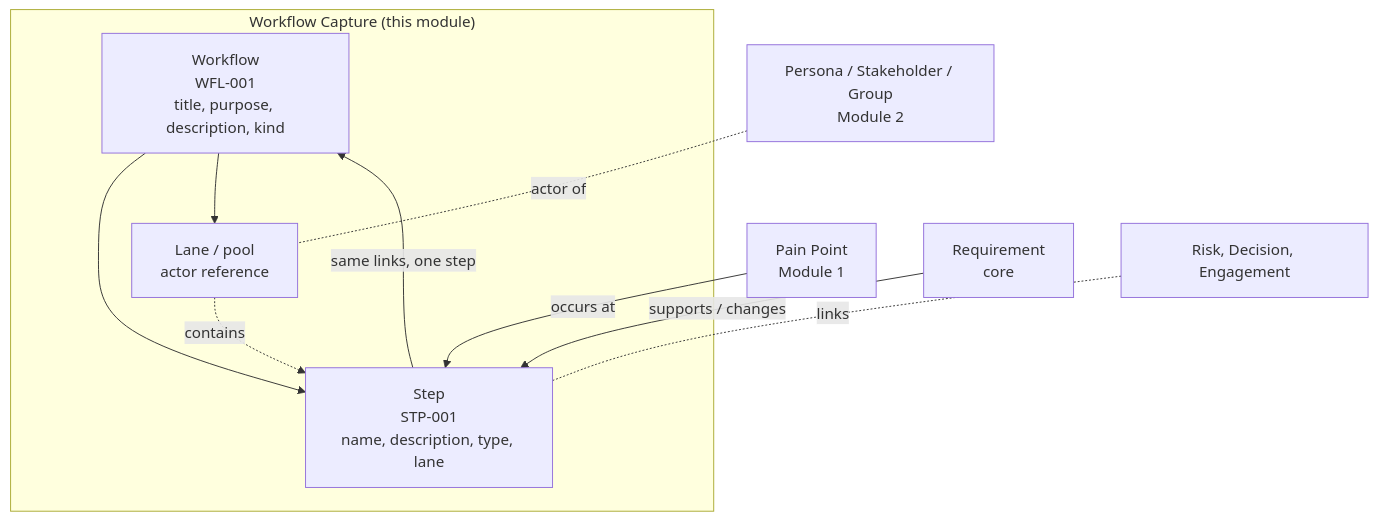
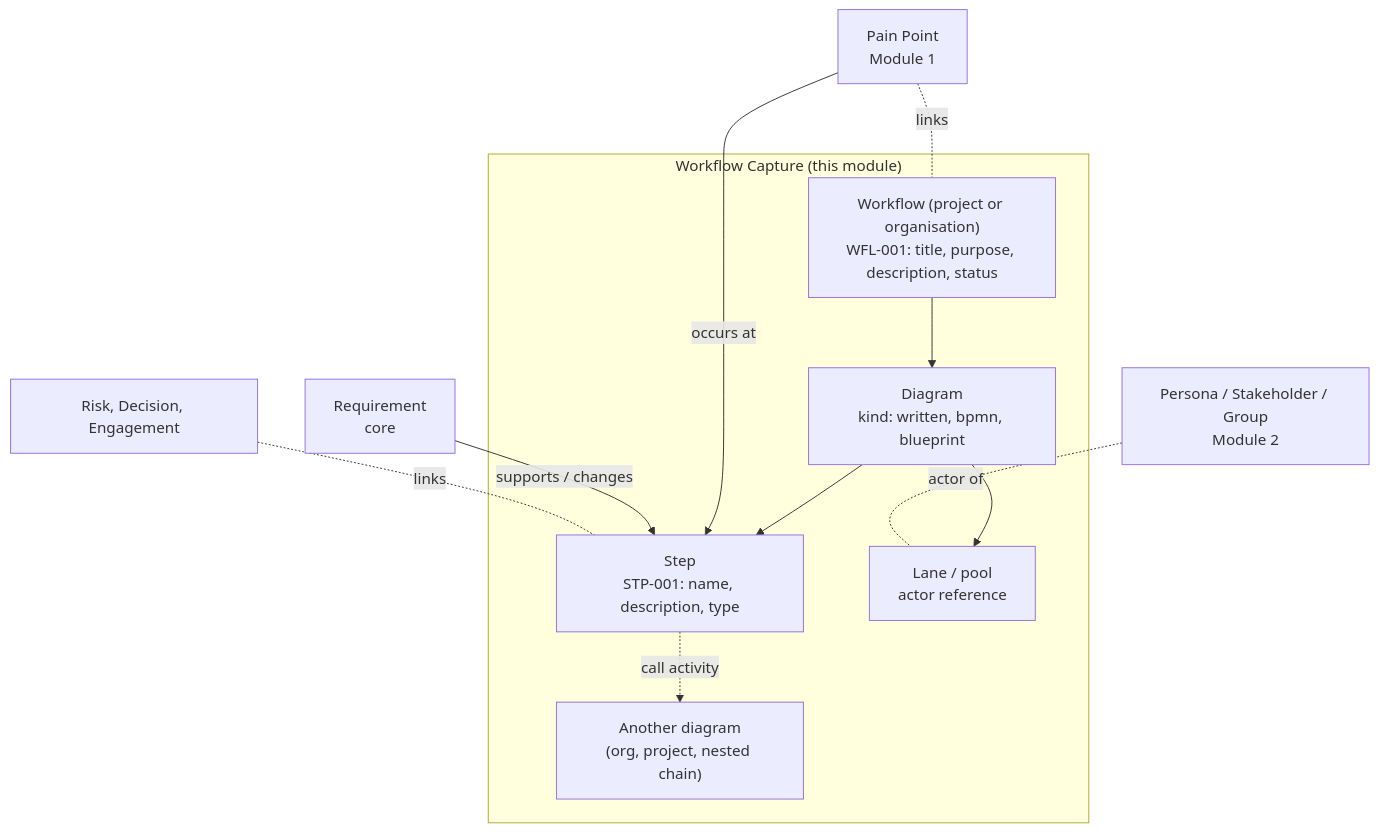
The second of 3 diagrams in docs/plans/module-16-workflow-capture-plan.md (ballardr/reqtrackmanager), drawn with Mermaid before and after one commit. The commit also changed other lines of this file and 131 other files, not shown here.

````diff
--- a/docs/plans/module-16-workflow-capture-plan.md
+++ b/docs/plans/module-16-workflow-capture-plan.md
@@ -50,16 +63,18 @@
 ```mermaid
 flowchart TB
     subgraph WC["Workflow Capture (this module)"]
-        WF["Workflow<br/>WFL-001<br/>title, purpose, description, kind"]
-        ST["Step<br/>STP-001<br/>name, description, type, lane"]
+        WF["Workflow (project or organisation)<br/>WFL-001: title, purpose, description, status"]
+        DG["Diagram<br/>kind: written, bpmn, blueprint"]
+        ST["Step<br/>STP-001: name, description, type"]
         LN["Lane / pool<br/>actor reference"]
-        WF --> ST
-        WF --> LN
-        LN -.contains.-> ST
+        WF --> DG
+        DG --> ST
+        DG --> LN
+        ST -. "call activity" .-> DG2["Another diagram<br/>(org, project, nested chain)"]
     end
     PERS["Persona / Stakeholder / Group<br/>Module 2"] -. actor of .- LN
     PP["Pain Point<br/>Module 1"] -- "occurs at" --> ST
     RQ["Requirement<br/>core"] -- "supports / changes" --> ST
     RK["Risk, Decision, Engagement"] -. links .- ST
-    ST -- "same links, one step" --> WF
+    PP -. links .- WF
 ```
````
